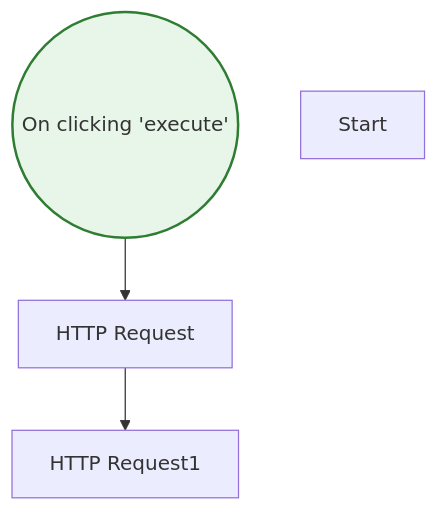
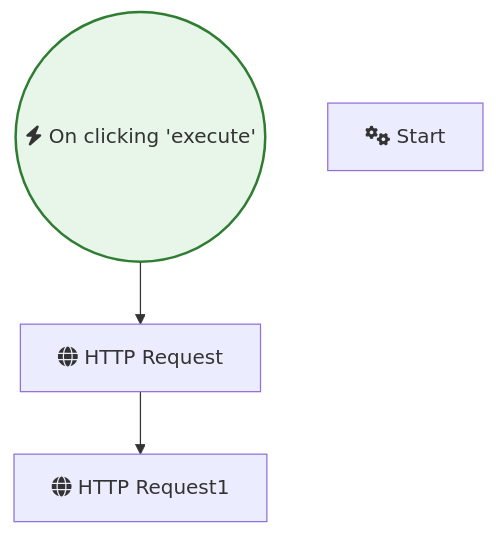
The diagram in Instagram_Twitter_Social_Media/Update Twitter banner using HTTP request.md (sreyash3105/N8N-DEMO-AUTOMATIONS), drawn with Mermaid before and after one commit. The commit also changed 291 other files, not shown here.

````diff
--- a/Instagram_Twitter_Social_Media/Update Twitter banner using HTTP request.md
+++ b/Instagram_Twitter_Social_Media/Update Twitter banner using HTTP request.md
@@ -1,14 +1,14 @@
 ```mermaid
 graph TD
     classDef trigger fill:#e8f5e9,stroke:#2e7d32,stroke-width:2px;
     classDef ai fill:#e3f2fd,stroke:#1565c0,stroke-width:2px;
     classDef logic fill:#fff3e0,stroke:#ef6c00,stroke-width:2px;
 
-    On_clicking__execute_(("On clicking 'execute'")):::trigger
-    Start["Start"]
-    HTTP_Request["HTTP Request"]
-    HTTP_Request1["HTTP Request1"]
+    On_clicking__execute_(("fas:fa-bolt On clicking 'execute'")):::trigger
+    Start["fas:fa-cogs Start"]
+    HTTP_Request["fas:fa-globe HTTP Request"]
+    HTTP_Request1["fas:fa-globe HTTP Request1"]
 
     HTTP_Request --> HTTP_Request1
     On_clicking__execute_ --> HTTP_Request
 ```
````
